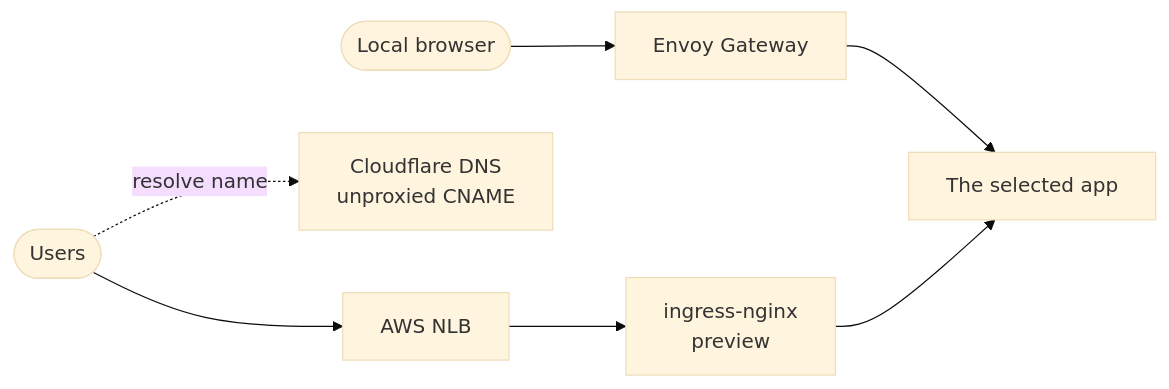
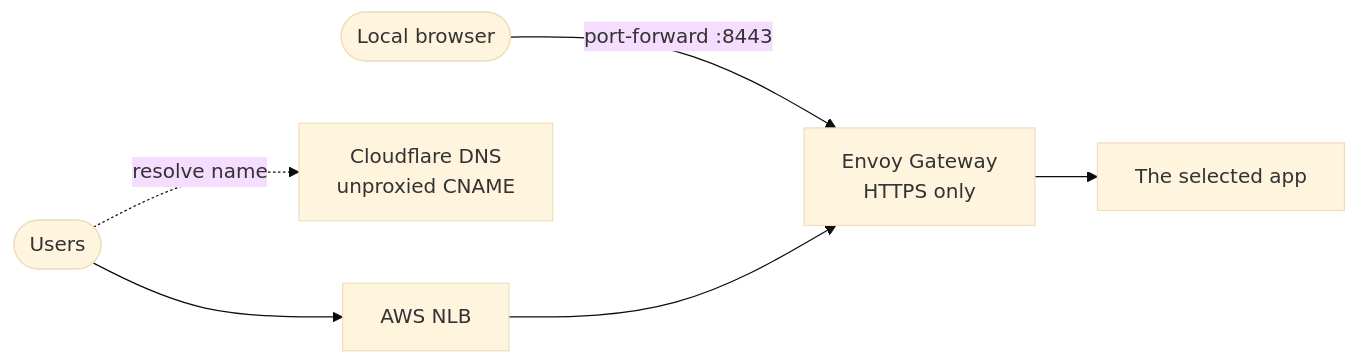
Before and after one commit to ImranAdan/infra-fleet-public: the sixth of 8 diagrams in docs/ARCHITECTURE.md, drawn with Mermaid (base theme). The commit also changed other lines of this file and 15 other files, not shown here.

First line of the commit message:
docs(routing): describe the shared HTTPS Gateway route

````diff
--- a/docs/ARCHITECTURE.md
+++ b/docs/ARCHITECTURE.md
@@ -114,6 +118,6 @@
 ```mermaid
 flowchart LR
-    Local(["Local browser"]) --> Envoy["Envoy Gateway"] --> App["The selected app"]
+    Local(["Local browser"]) -->|port-forward :8443| Envoy["Envoy Gateway<br/>HTTPS only"] --> App["The selected app"]
     Users(["Users"]) -.->|resolve name| DNS["Cloudflare DNS<br/>unproxied CNAME"]
-    Users --> NLB["AWS NLB"] --> NGINX["ingress-nginx<br/>preview"] --> App
+    Users --> NLB["AWS NLB"] --> Envoy
 ```
````
